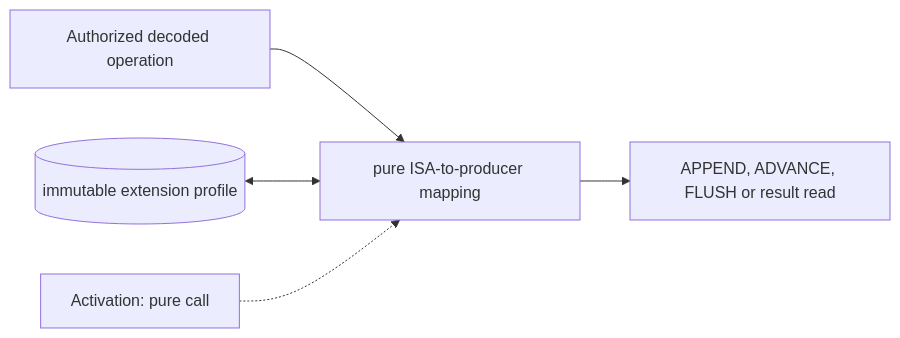
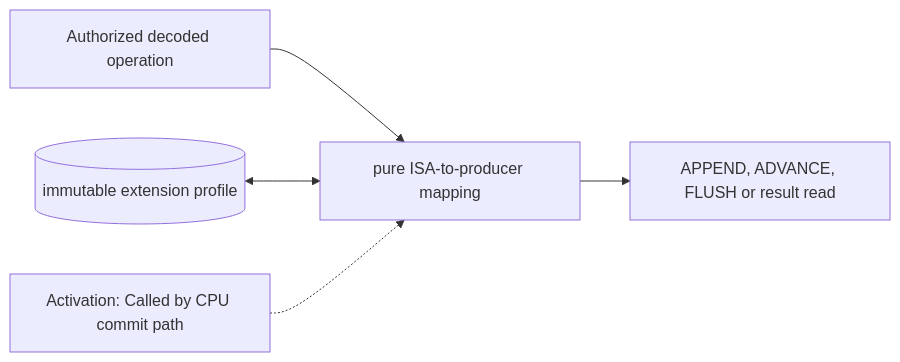
The diagram in docs/modules/quantum-instruction-adapter.md (qsbit-org/qsbit-sim), drawn with Mermaid before and after one commit. The commit also changed other lines of this file and 24 other files, not shown here.

````diff
--- a/docs/modules/quantum-instruction-adapter.md
+++ b/docs/modules/quantum-instruction-adapter.md
@@ -17,7 +17,7 @@
 ```mermaid
 flowchart LR
     U["Authorized decoded operation"] --> P["pure ISA-to-producer mapping"]
     S[("immutable extension profile")] <--> P
     P --> D["APPEND, ADVANCE, FLUSH or result read"]
-    K["Activation: pure call"] -.-> P
+    K["Activation: Called by CPU commit path"] -.-> P
 ```
````
